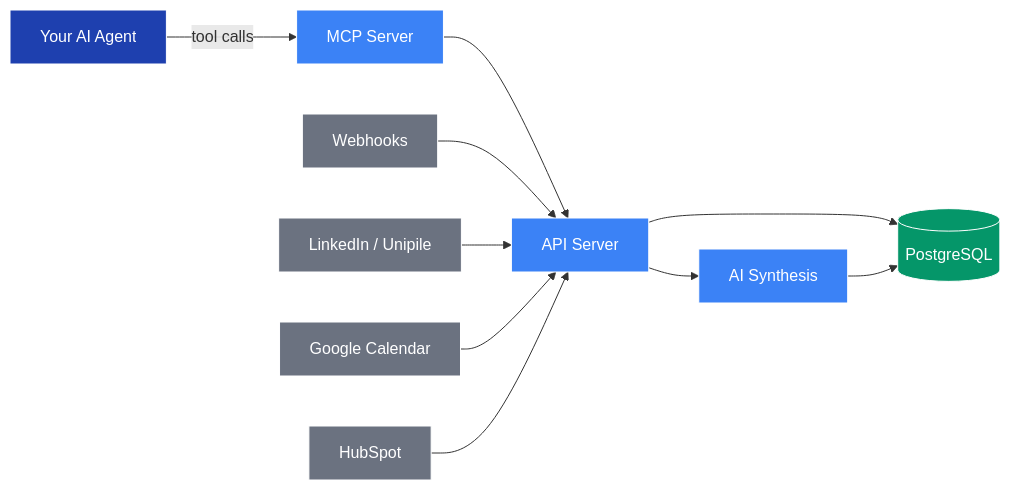
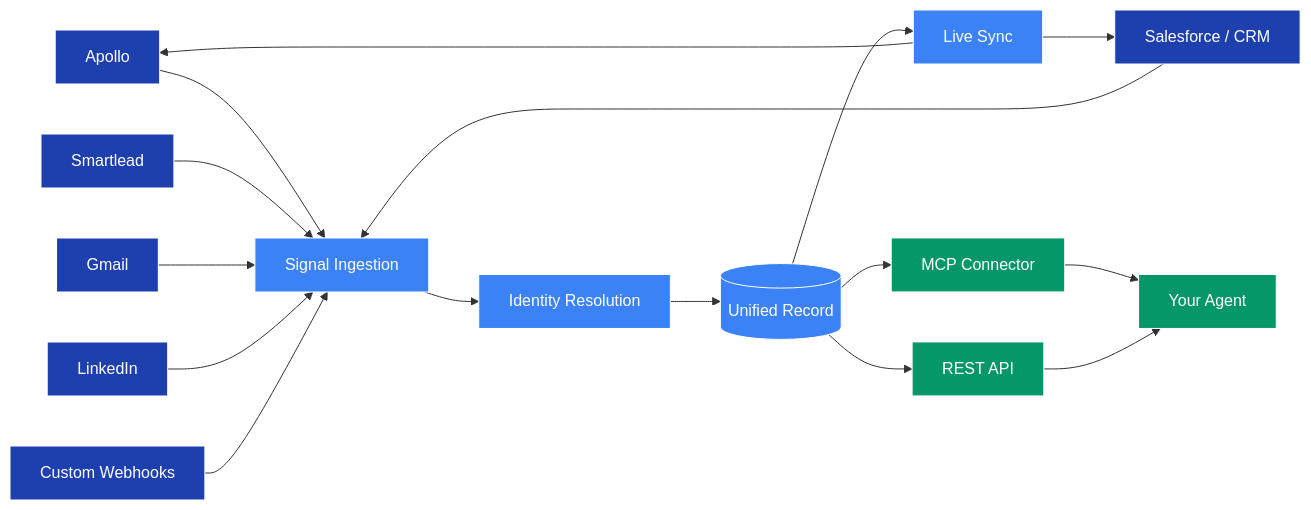
Before and after one commit to bennetglinder1/docs: the diagram in getting-started/how-it-works.mdx, drawn with Mermaid. The commit also changed other lines of this file, not shown here.

Commit message:
docs: rewrite how-it-works — identity resolution + signal ingestion architecture

````diff
--- a/getting-started/how-it-works.mdx
+++ b/getting-started/how-it-works.mdx
@@ -12,27 +16,40 @@
 ```mermaid
 flowchart LR
-    classDef agent fill:#1E40AF,color:white,stroke:#fff
-    classDef svc fill:#3B82F6,color:white,stroke:#fff
-    classDef ext fill:#6B7280,color:white,stroke:#fff
-    classDef store fill:#059669,color:white,stroke:#fff
+    classDef source fill:#1E40AF,color:white,stroke:#fff
+    classDef core fill:#3B82F6,color:white,stroke:#fff
+    classDef output fill:#059669,color:white,stroke:#fff
 
-    agent["Your AI Agent"]:::agent
-    mcp["MCP Server"]:::svc
-    api["API Server"]:::svc
-    synthesis["AI Synthesis"]:::svc
-    db[("PostgreSQL")]:::store
-    webhooks["Webhooks"]:::ext
-    linkedin["LinkedIn / Unipile"]:::ext
-    calendar["Google Calendar"]:::ext
-    hubspot["HubSpot"]:::ext
+    apollo["Apollo"]:::source
+    sf["Salesforce / CRM"]:::source
+    smartlead["Smartlead"]:::source
+    gmail["Gmail"]:::source
+    linkedin["LinkedIn"]:::source
+    webhooks["Custom Webhooks"]:::source
 
-    agent -->|tool calls| mcp
-    mcp --> api
-    api --> db
-    api --> synthesis
-    synthesis --> db
-    webhooks --> api
-    linkedin --> api
-    calendar --> api
-    hubspot --> api
+    ingest["Signal Ingestion"]:::core
+    resolve["Identity Resolution"]:::core
+    db[("Unified Record")]:::core
+    sync["Live Sync"]:::core
+
+    mcp["MCP Connector"]:::output
+    api["REST API"]:::output
+    agent["Your Agent"]:::output
+
+    apollo --> ingest
+    sf --> ingest
+    smartlead --> ingest
+    gmail --> ingest
+    linkedin --> ingest
+    webhooks --> ingest
+
+    ingest --> resolve
+    resolve --> db
+    db --> sync
+    sync --> apollo
+    sync --> sf
+
+    db --> mcp
+    db --> api
+    mcp --> agent
+    api --> agent
 ```
````
